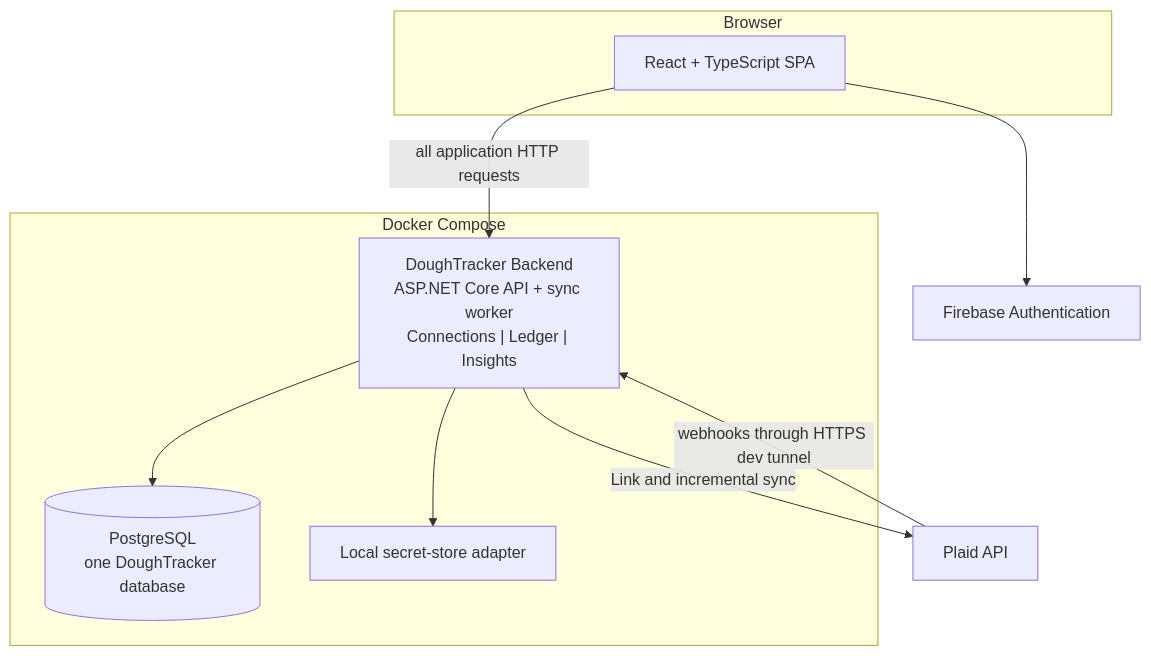
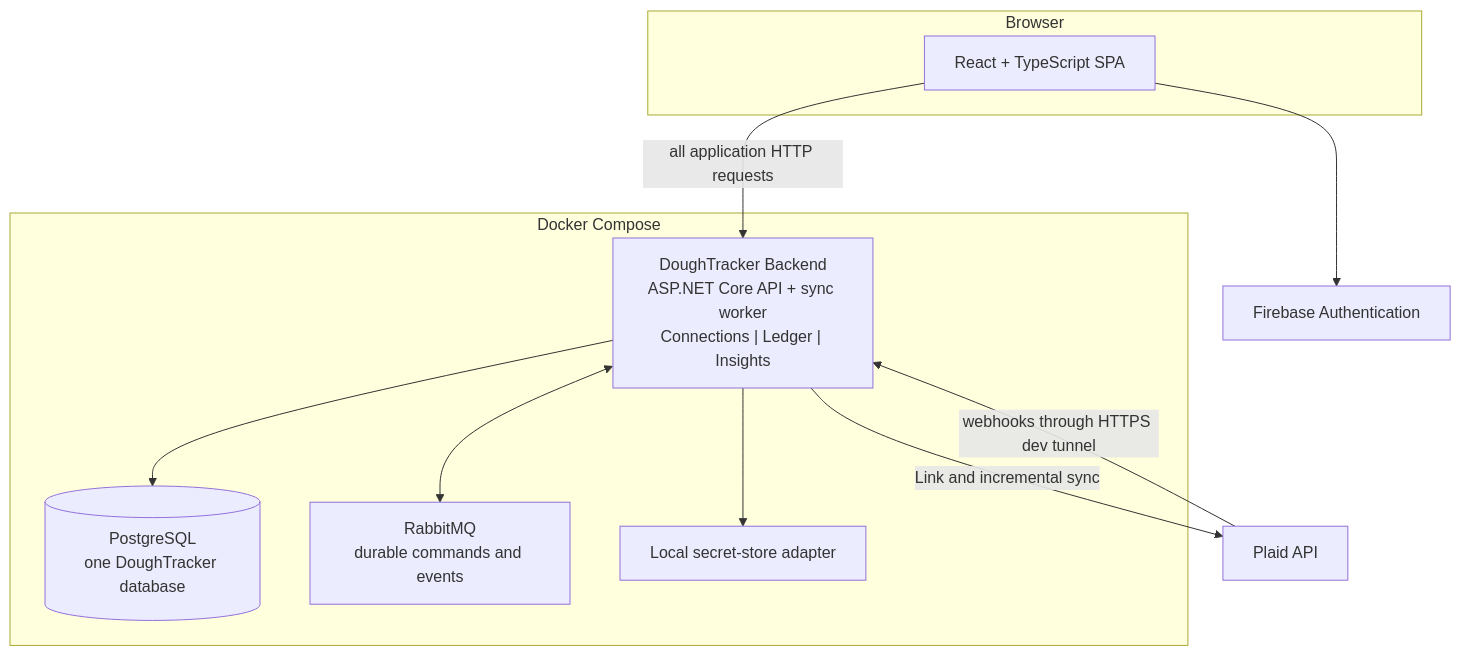
One commit to Stommasi19/DoughTracker changed the second of 3 diagrams in docs/ARCHITECTURE.md. Above: the diagram before and after it, drawn with Mermaid. The commit also changed other lines of this file and 14 other files, not shown here.

````diff
--- a/docs/ARCHITECTURE.md
+++ b/docs/ARCHITECTURE.md
@@ -73,22 +77,24 @@
 ```mermaid
 flowchart TB
     subgraph Browser
         SPA[React + TypeScript SPA]
     end
 
     subgraph Docker Compose
         Backend["DoughTracker Backend<br/>ASP.NET Core API + sync worker<br/>Connections | Ledger | Insights"]
         PG[("PostgreSQL<br/>one DoughTracker database")]
+        RabbitMQ["RabbitMQ<br/>durable commands and events"]
         SecretAdapter[Local secret-store adapter]
     end
 
     Firebase[Firebase Authentication]
     Plaid[Plaid API]
 
     SPA --> Firebase
     SPA -->|all application HTTP requests| Backend
     Plaid -->|webhooks through HTTPS dev tunnel| Backend
     Backend -->|Link and incremental sync| Plaid
     Backend --> SecretAdapter
     Backend --> PG
+    Backend <--> RabbitMQ
 ```
````
